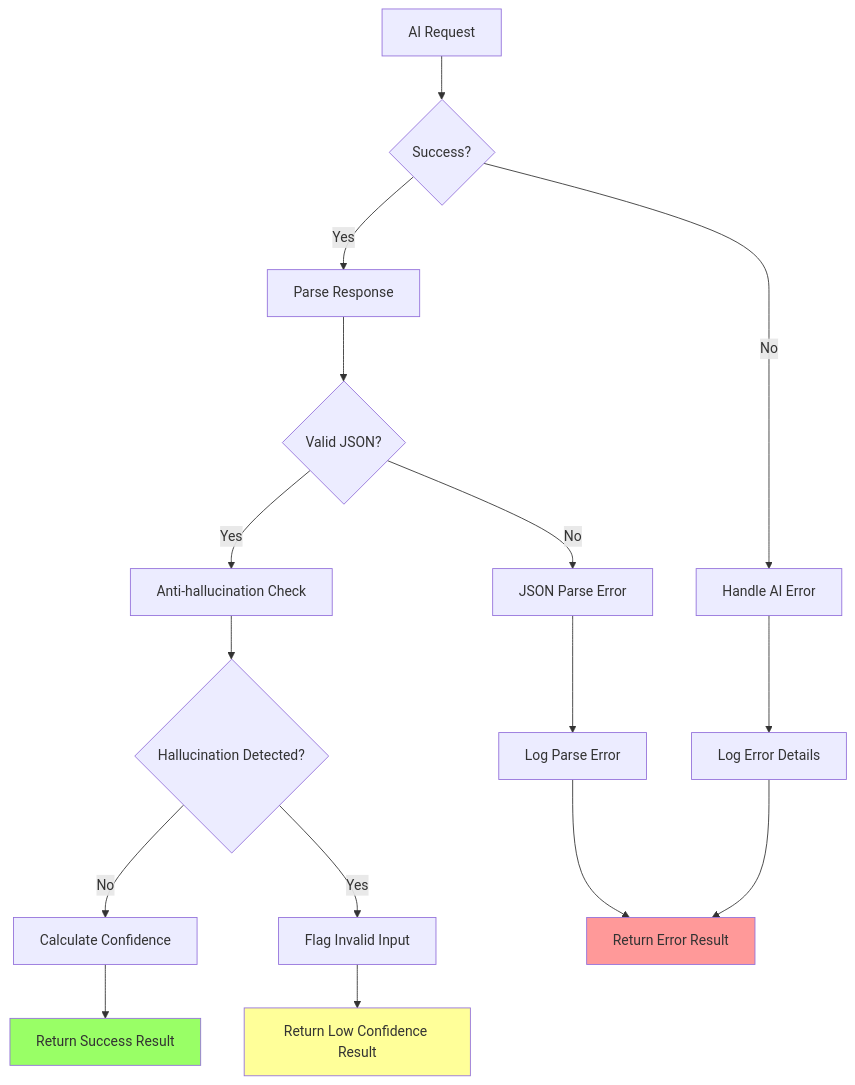
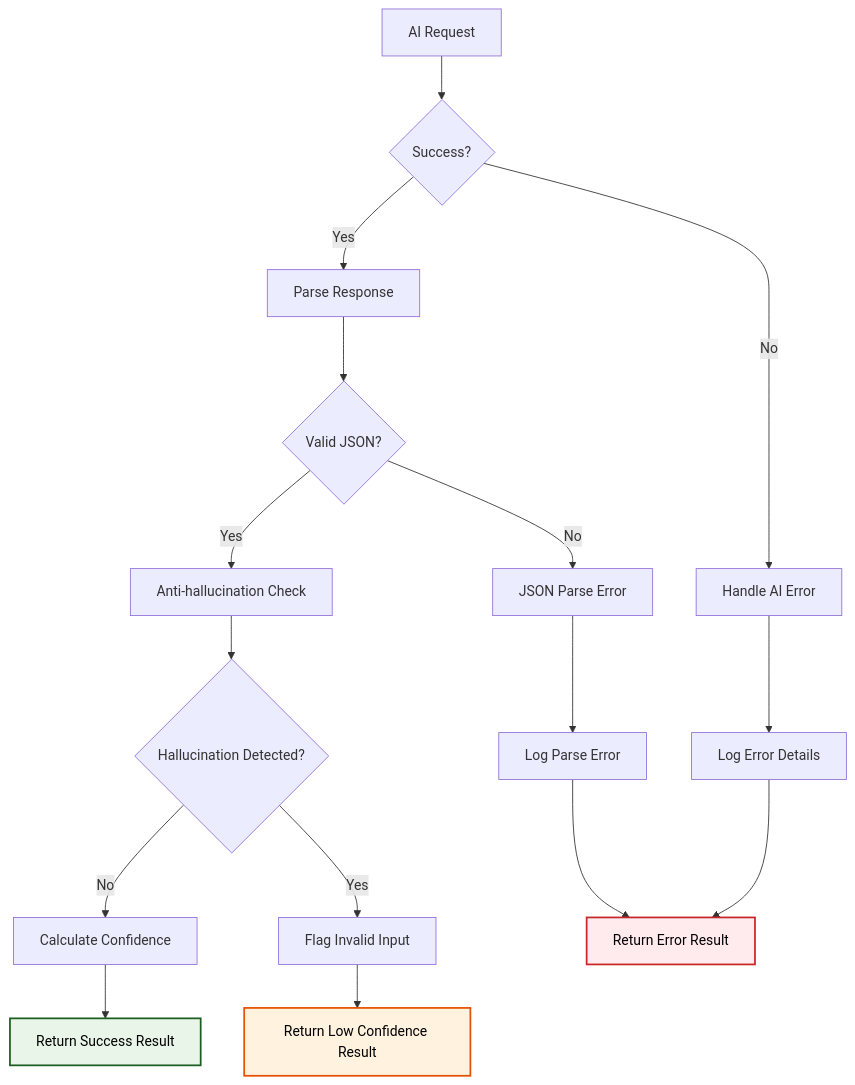
Before and after one commit to o2alexanderfedin/OCRChecksServer-demo: the fifth of 6 diagrams in docs/features/json-extraction/cloudflare-json-extractor-design.md, drawn with Mermaid. The commit also changed other lines of this file and 1 other file, not shown here.

First line of the commit message:
fix: improve Mermaid diagram colors for dark/light theme compatibility

````diff
--- a/docs/features/json-extraction/cloudflare-json-extractor-design.md
+++ b/docs/features/json-extraction/cloudflare-json-extractor-design.md
@@ -129,26 +129,26 @@
 ```mermaid
 graph TB
     A[AI Request] --> B{Success?}
     B -->|Yes| C[Parse Response]
     B -->|No| D[Handle AI Error]
     
     C --> E{Valid JSON?}
     E -->|Yes| F[Anti-hallucination Check]
     E -->|No| G[JSON Parse Error]
     
     F --> H{Hallucination Detected?}
     H -->|No| I[Calculate Confidence]
     H -->|Yes| J[Flag Invalid Input]
     
     I --> K[Return Success Result]
     J --> L[Return Low Confidence Result]
     
     D --> M[Log Error Details]
     G --> N[Log Parse Error]
     M --> O[Return Error Result]
     N --> O
     
-    style K fill:#9f6
-    style L fill:#ff9
-    style O fill:#f99
+    style K fill:#e8f5e8,stroke:#1b5e20,stroke-width:2px,color:#000
+    style L fill:#fff3e0,stroke:#e65100,stroke-width:2px,color:#000
+    style O fill:#ffebee,stroke:#c62828,stroke-width:2px,color:#000
 ```
````
